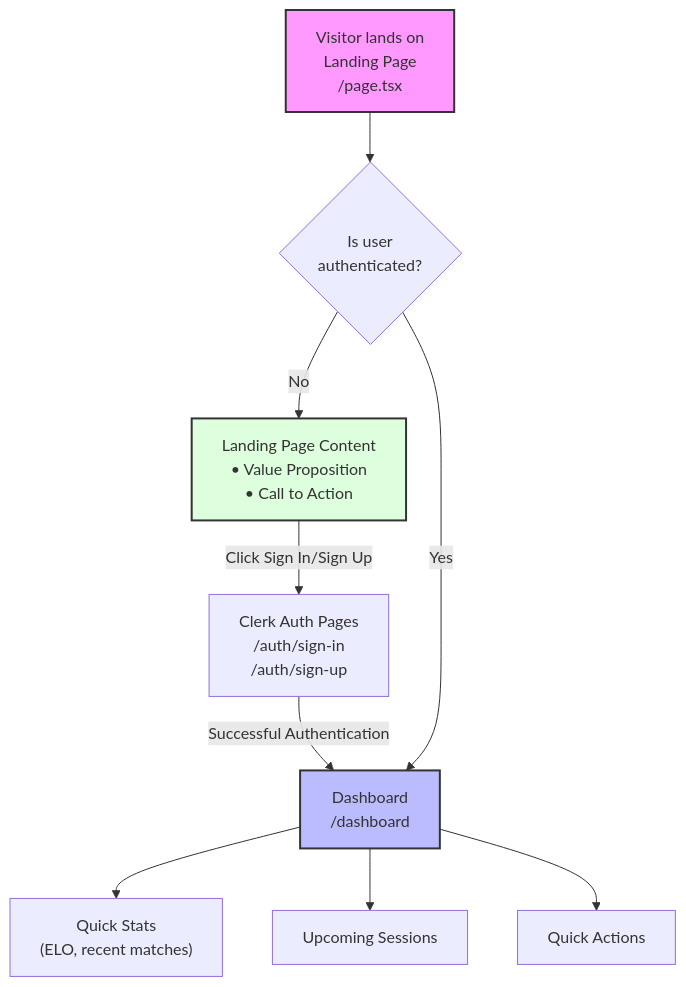
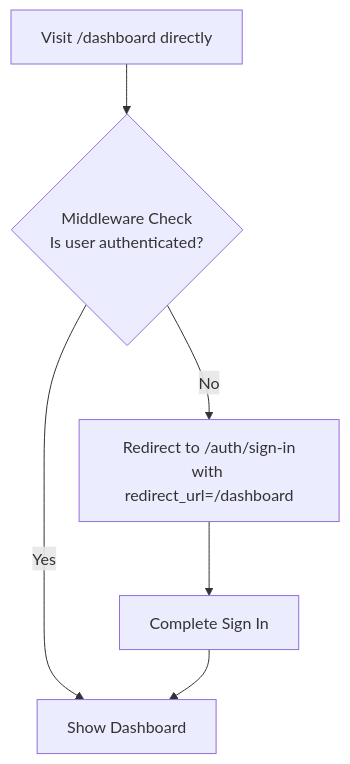
Before and after one commit to xiaoxiang-ma/deuce.gg: the third of 3 diagrams in src/user-flows.md, drawn with Mermaid. The commit also changed other lines of this file and 4 other files, not shown here.

Commit message:
refactor: rebuild auth flow from scratch

````diff
--- a/src/user-flows.md
+++ b/src/user-flows.md
@@ -7,15 +27,8 @@
 ```mermaid
 flowchart TD
-    A["Visitor lands on<br/>Landing Page<br/>/page.tsx"] --> B{"Is user<br/>authenticated?"}
-    B -->|No| C["Landing Page Content<br/>• Value Proposition<br/>• Call to Action"]
-    C -->|"Click Sign In/Sign Up"| D["Clerk Auth Pages<br/>/auth/sign-in<br/>/auth/sign-up"]
-    D -->|"Successful Authentication"| E["Dashboard<br/>/dashboard"]
-    B -->|Yes| E
-    E --> F["Quick Stats<br/>(ELO, recent matches)"]
-    E --> G["Upcoming Sessions"]
-    E --> H["Quick Actions"]
-    
-    style A fill:#f9f,stroke:#333,stroke-width:2px
-    style C fill:#dfd,stroke:#333,stroke-width:2px
-    style E fill:#bbf,stroke:#333,stroke-width:2px
+    A[Visit /dashboard directly] --> B{Middleware Check<br/>Is user authenticated?}
+    B -->|No| C[Redirect to /auth/sign-in<br/>with redirect_url=/dashboard]
+    B -->|Yes| D[Show Dashboard]
+    C --> E[Complete Sign In]
+    E --> D
 ```
````
